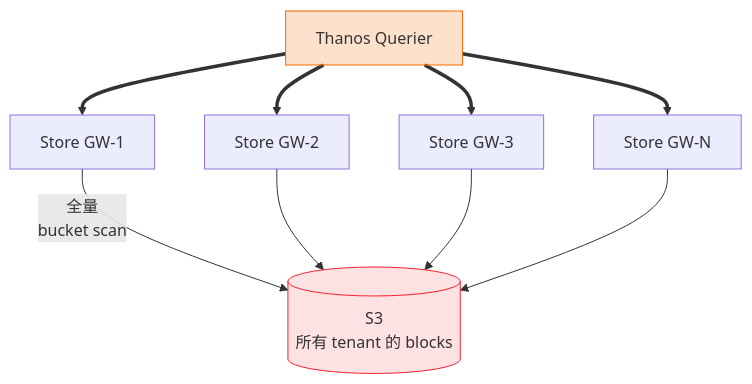
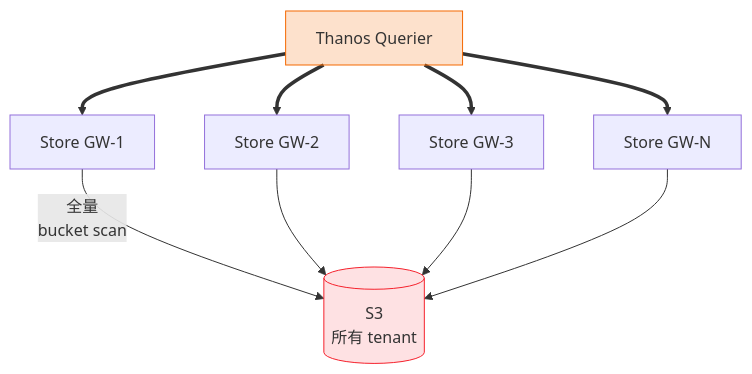
Before and after one commit to MikeHsu0618/mimir-talk: the fifth of 10 diagrams in slides.md, drawn with Mermaid. The commit also changed other lines of this file and 4 other files, not shown here.

````diff
--- a/slides.md
+++ b/slides.md
@@ -334,14 +440,14 @@
 ```mermaid {theme: 'dark', scale: 0.7}
 flowchart TB
     Q[Thanos Querier]
     Q ==> SG1[Store GW-1]
     Q ==> SG2[Store GW-2]
     Q ==> SG3[Store GW-3]
     Q ==> SGN[Store GW-N]
-    SG1 -->|全量<br/>bucket scan| S3[(S3<br/>所有 tenant 的 blocks)]
+    SG1 -->|全量<br/>bucket scan| S3[(S3<br/>所有 tenant)]
     SG2 --> S3
     SG3 --> S3
     SGN --> S3
     style Q fill:#f4680033,stroke:#f46800
     style S3 fill:#f5222d22,stroke:#f5222d
 ```
````
